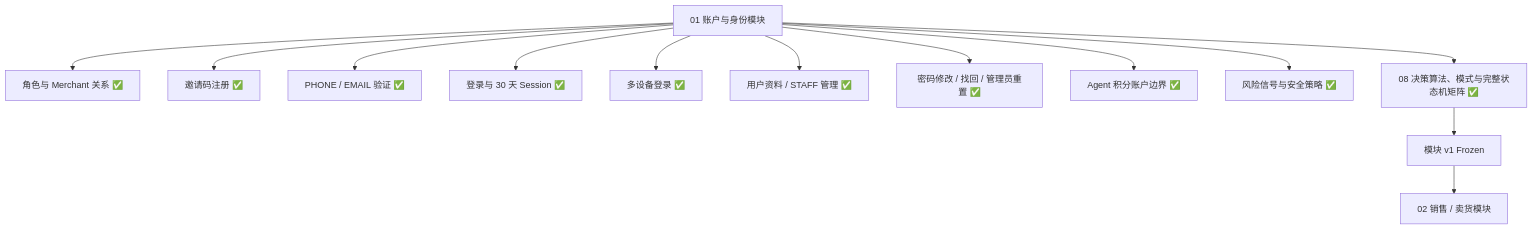
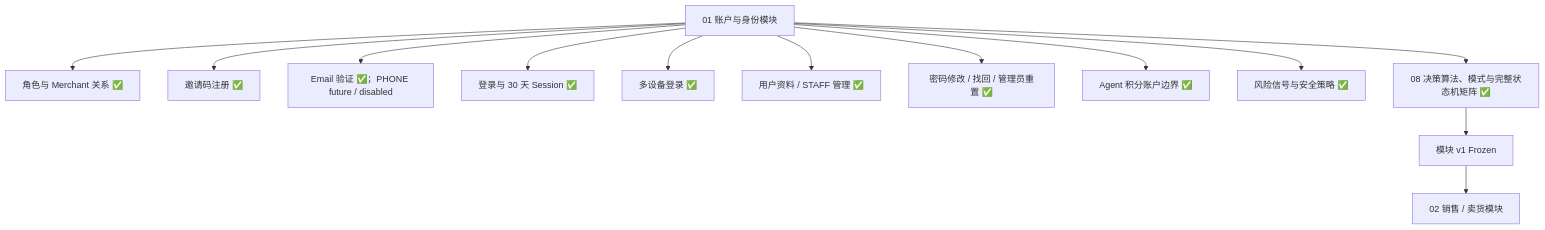
One commit to sxyq/mastergoods changed diagram 16 of 17 in docs/system-design/系统详细设计总览.md. Above: the diagram before and after it, drawn with Mermaid. The commit also changed other lines of this file and 12 other files, not shown here.

````diff
--- a/docs/system-design/系统详细设计总览.md
+++ b/docs/system-design/系统详细设计总览.md
@@ -663,18 +663,18 @@
 ```mermaid
 flowchart TD
     A[01 账户与身份模块]
 
     A --> A1[角色与 Merchant 关系 ✅]
     A --> A2[邀请码注册 ✅]
-    A --> A3[PHONE / EMAIL 验证 ✅]
+    A --> A3[Email 验证 ✅；PHONE future / disabled]
     A --> A4[登录与 30 天 Session ✅]
     A --> A5[多设备登录 ✅]
     A --> A6[用户资料 / STAFF 管理 ✅]
     A --> A7[密码修改 / 找回 / 管理员重置 ✅]
     A --> A8[Agent 积分账户边界 ✅]
     A --> A9[风险信号与安全策略 ✅]
 
     A --> B[08 决策算法、模式与完整状态机矩阵 ✅]
     B --> C[模块 v1 Frozen]
     C --> D[02 销售 / 卖货模块]
 ```
````
